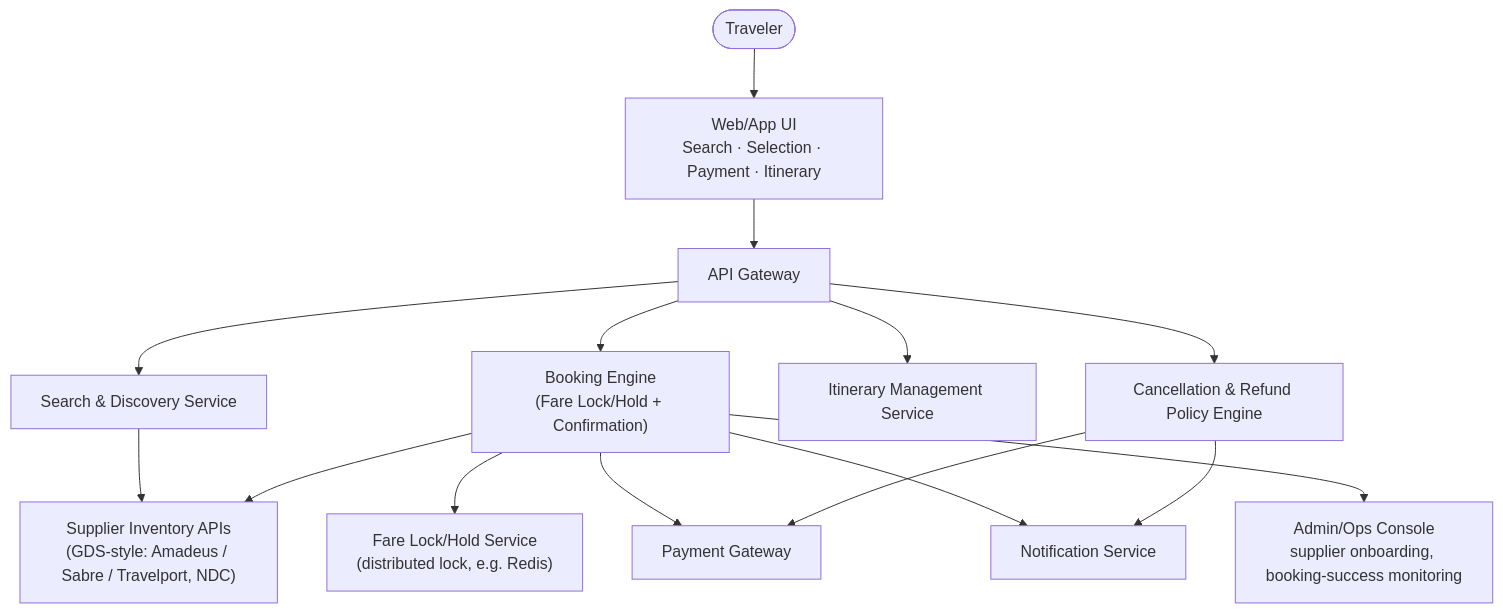
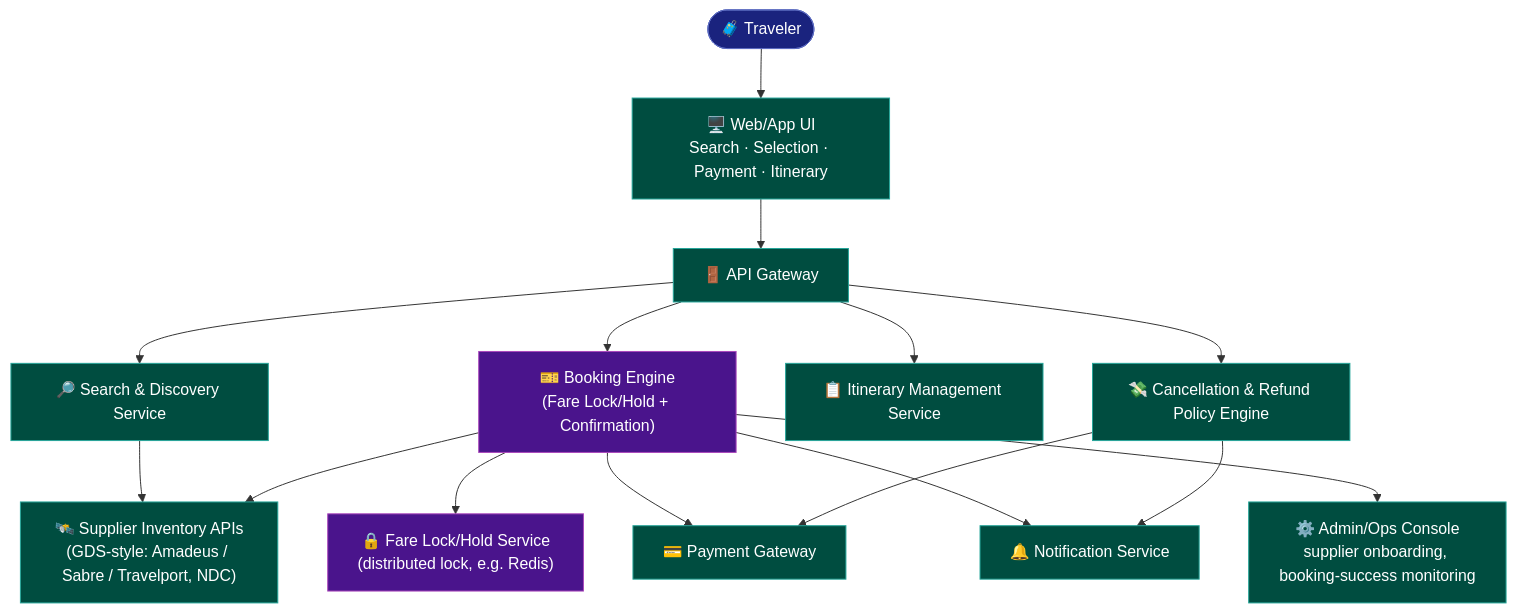
One commit to ghanendra-sdet/travel-marketplace-platform changed the first of 6 diagrams in docs/architecture-and-flow.md. Above: the diagram before and after it, drawn with Mermaid. The commit also changed other lines of this file and 1 other file, not shown here.

Commit message:
docs: enrich architecture and tech-and-skills diagrams

````diff
--- a/docs/architecture-and-flow.md
+++ b/docs/architecture-and-flow.md
@@ -13,19 +13,26 @@
 ```mermaid
 flowchart TD
-    Traveler([Traveler]) --> UI["Web/App UI<br/>Search · Selection · Payment · Itinerary"]
-    UI --> GW["API Gateway"]
+    Traveler([🧳 Traveler]) --> UI["🖥️ Web/App UI<br/>Search · Selection · Payment · Itinerary"]
+    UI --> GW["🚪 API Gateway"]
 
-    GW --> Search["Search & Discovery Service"]
-    GW --> Booking["Booking Engine<br/>(Fare Lock/Hold + Confirmation)"]
-    GW --> Itin["Itinerary Management Service"]
-    GW --> Refund["Cancellation & Refund Policy Engine"]
+    GW --> Search["🔎 Search & Discovery Service"]
+    GW --> Booking["🎫 Booking Engine<br/>(Fare Lock/Hold + Confirmation)"]
+    GW --> Itin["📋 Itinerary Management Service"]
+    GW --> Refund["💸 Cancellation & Refund Policy Engine"]
 
-    Search --> GDS["Supplier Inventory APIs<br/>(GDS-style: Amadeus / Sabre / Travelport, NDC)"]
+    Search --> GDS["🛰️ Supplier Inventory APIs<br/>(GDS-style: Amadeus / Sabre / Travelport, NDC)"]
     Booking --> GDS
-    Booking --> Lock["Fare Lock/Hold Service<br/>(distributed lock, e.g. Redis)"]
-    Booking --> PayGW["Payment Gateway"]
+    Booking --> Lock["🔒 Fare Lock/Hold Service<br/>(distributed lock, e.g. Redis)"]
+    Booking --> PayGW["💳 Payment Gateway"]
     Refund --> PayGW
-    Booking --> Notif["Notification Service"]
+    Booking --> Notif["🔔 Notification Service"]
     Refund --> Notif
-    Booking --> Ops["Admin/Ops Console<br/>supplier onboarding, booking-success monitoring"]
+    Booking --> Ops["⚙️ Admin/Ops Console<br/>supplier onboarding, booking-success monitoring"]
+
+    classDef person fill:#1a237e,stroke:#5c6bc0,color:#fff
+    classDef service fill:#004d40,stroke:#26a69a,color:#fff
+    classDef critical fill:#4a148c,stroke:#ab47bc,color:#fff
+    class Traveler person
+    class UI,GW,Search,Itin,Refund,GDS,PayGW,Notif,Ops service
+    class Booking,Lock critical
 ```
````
